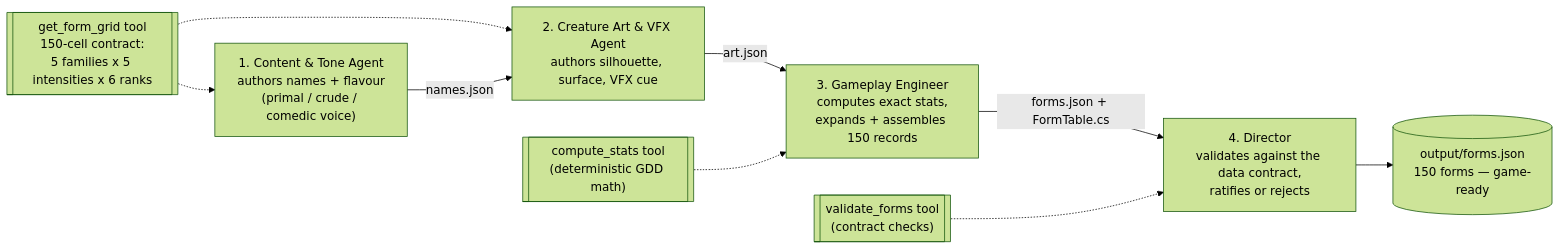
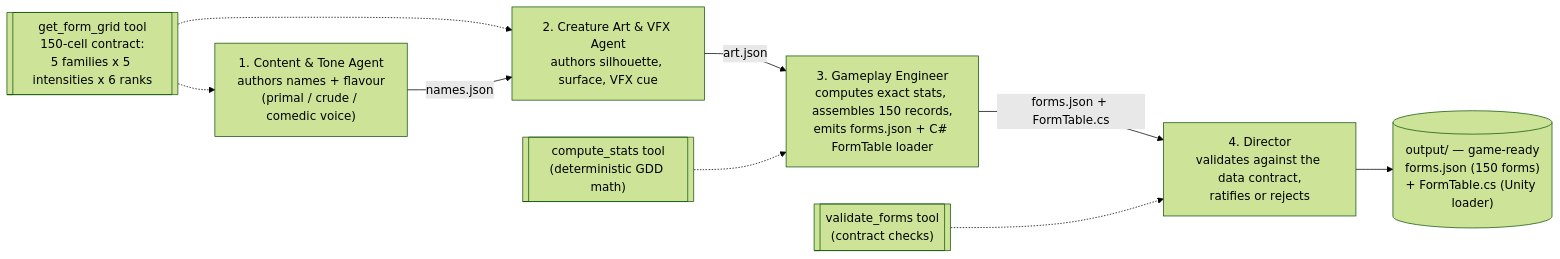
The diagram in README.md (eliodeberardinis/morphivore-agent-crew), drawn with Mermaid (forest theme) before and after one commit.

Commit message:
Diagram: show FormTable.cs as a crew deliverable alongside forms.json

````diff
--- a/README.md
+++ b/README.md
@@ -33,19 +33,19 @@
 ```mermaid
 flowchart LR
     grid[["get_form_grid tool<br/>150-cell contract:<br/>5 families x 5 intensities x 6 ranks"]]
 
     A1["1. Content &amp; Tone Agent<br/>authors names + flavour<br/>(primal / crude / comedic voice)"]
     A2["2. Creature Art &amp; VFX Agent<br/>authors silhouette, surface, VFX cue"]
-    A3["3. Gameplay Engineer<br/>computes exact stats,<br/>expands + assembles 150 records"]
+    A3["3. Gameplay Engineer<br/>computes exact stats, assembles 150 records,<br/>emits forms.json + C# FormTable loader"]
     A4["4. Director<br/>validates against the data contract,<br/>ratifies or rejects"]
 
     grid -.-> A1
     grid -.-> A2
     A1 -->|names.json| A2
     A2 -->|art.json| A3
     A3 -->|forms.json + FormTable.cs| A4
-    A4 --> OUT[("output/forms.json<br/>150 forms — game-ready")]
+    A4 --> OUT[("output/ — game-ready<br/>forms.json (150 forms)<br/>+ FormTable.cs (Unity loader)")]
 
     T3[["compute_stats tool<br/>(deterministic GDD math)"]] -.-> A3
     T4[["validate_forms tool<br/>(contract checks)"]] -.-> A4
 ```
````
